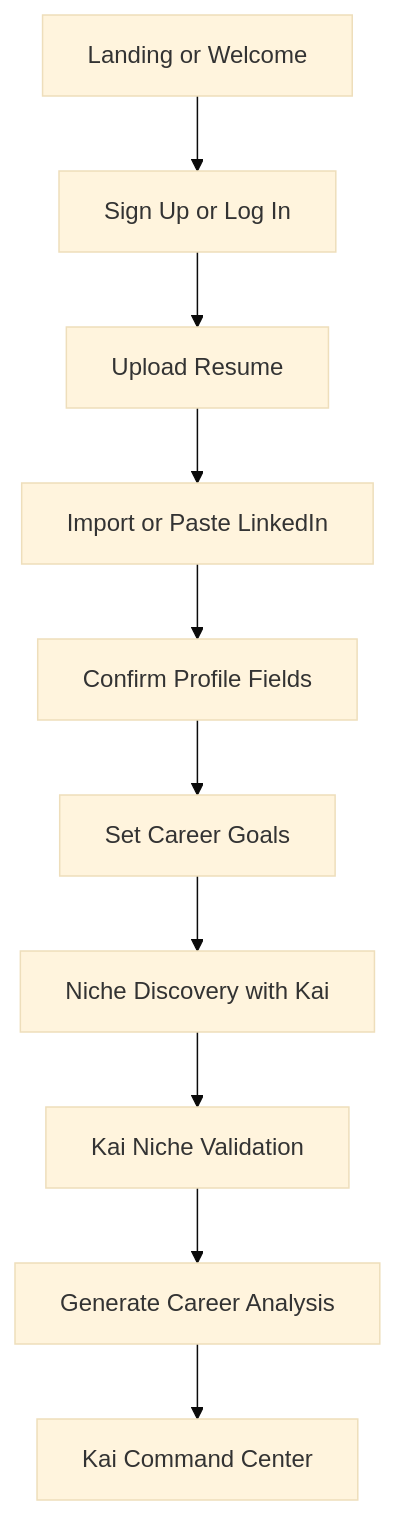
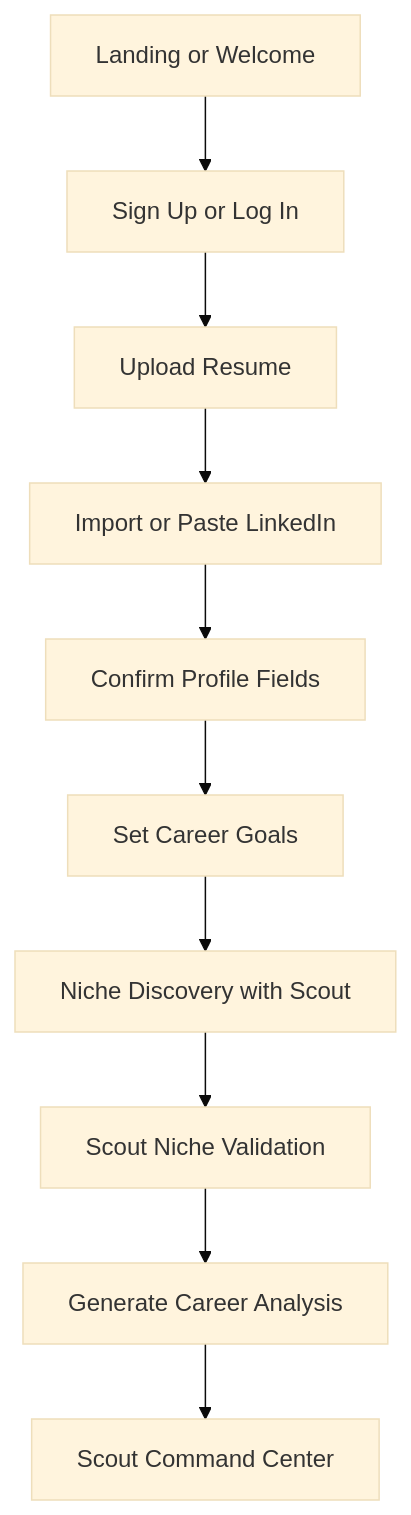
Before and after one commit to Mirzzie/Fadi: the first of 6 diagrams in docs/MVP_USER_JOURNEYS.md, drawn with Mermaid (base theme). The commit also changed other lines of this file and 142 other files, not shown here.

First line of the commit message:
feat!: rename Kai → Scout — the agent that finds what's ahead of you

````diff
--- a/docs/MVP_USER_JOURNEYS.md
+++ b/docs/MVP_USER_JOURNEYS.md
@@ -17,12 +17,12 @@
 ```mermaid
 flowchart TD
     Start[Landing or Welcome] --> Auth[Sign Up or Log In]
     Auth --> Resume[Upload Resume]
     Resume --> LinkedIn[Import or Paste LinkedIn]
     LinkedIn --> Profile[Confirm Profile Fields]
     Profile --> Goals[Set Career Goals]
-    Goals --> Niche[Niche Discovery with Kai]
-    Niche --> Validate[Kai Niche Validation]
+    Goals --> Niche[Niche Discovery with Scout]
+    Niche --> Validate[Scout Niche Validation]
     Validate --> Analyze[Generate Career Analysis]
-    Analyze --> Dashboard[Kai Command Center]
+    Analyze --> Dashboard[Scout Command Center]
 ```
````
